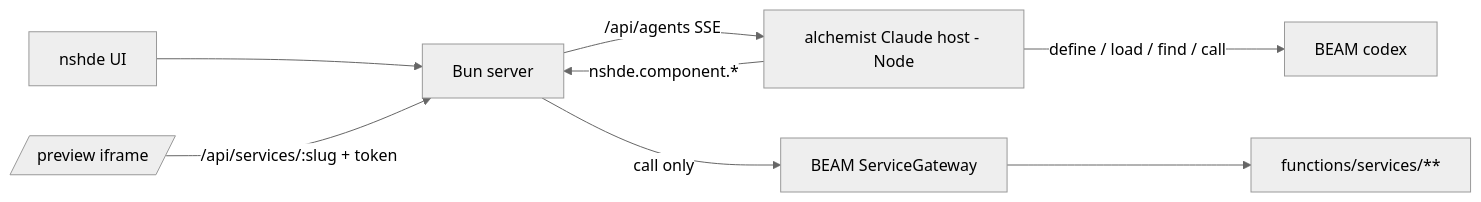
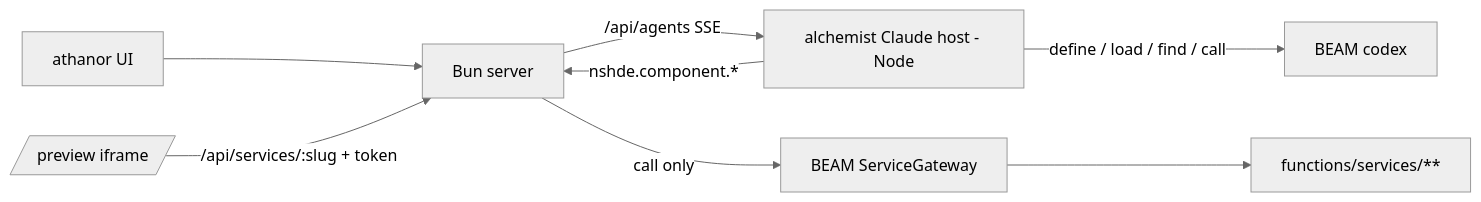
One commit to 0x1d/crucible changed the first of 2 diagrams in projects/athanor/docs/api/design/alchemist-integration.md. Above: the diagram before and after it, drawn with Mermaid (neutral theme). The commit also changed other lines of this file and 26 other files, not shown here.

````diff
--- a/projects/athanor/docs/api/design/alchemist-integration.md
+++ b/projects/athanor/docs/api/design/alchemist-integration.md
@@ -27,10 +27,10 @@
 ```mermaid
 flowchart LR
-  UI[nshde UI] --> Bun[Bun server]
+  UI[athanor UI] --> Bun[Bun server]
   Bun -->|/api/agents SSE| Host[alchemist Claude host - Node]
   Host -->|define / load / find / call| Beam[BEAM codex]
   Host -->|nshde.component.*| Bun
   Preview[/preview iframe/] -->|/api/services/:slug + token| Bun
   Bun -->|call only| Gateway[BEAM ServiceGateway]
   Gateway --> Services[functions/services/**]
 ```
````
